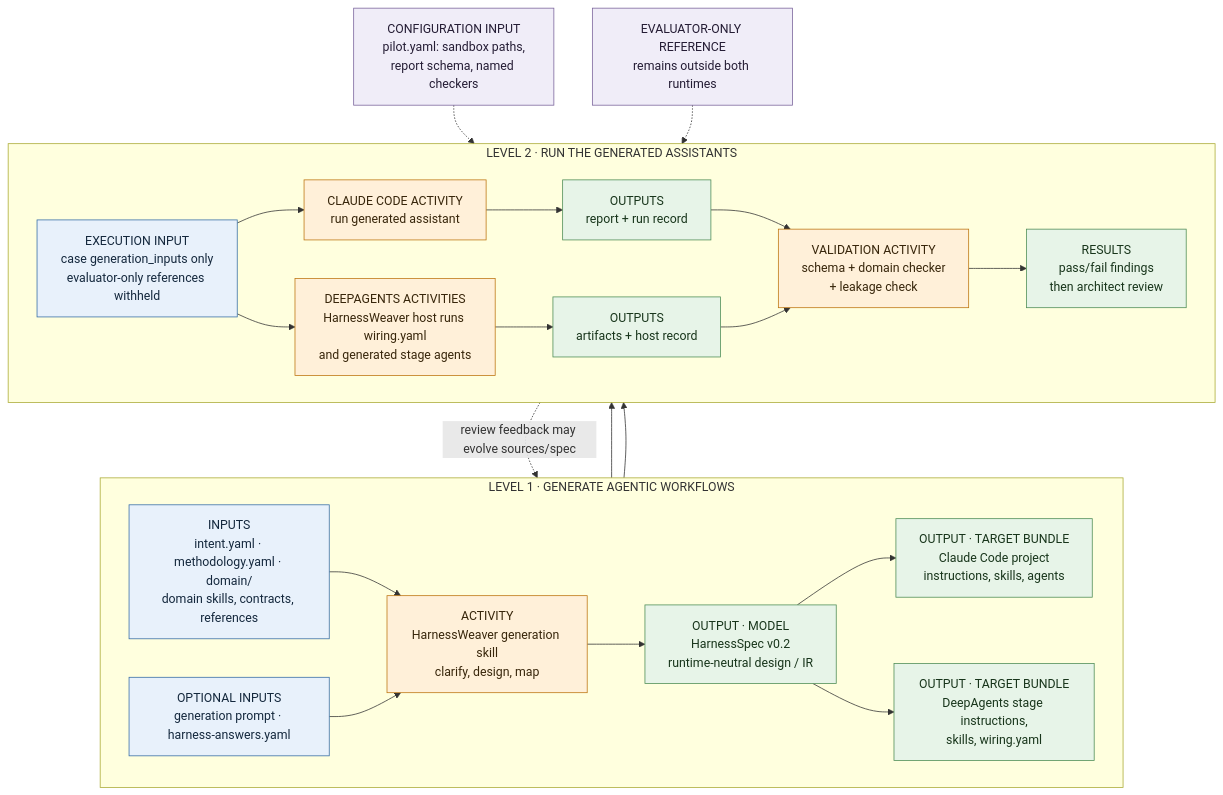
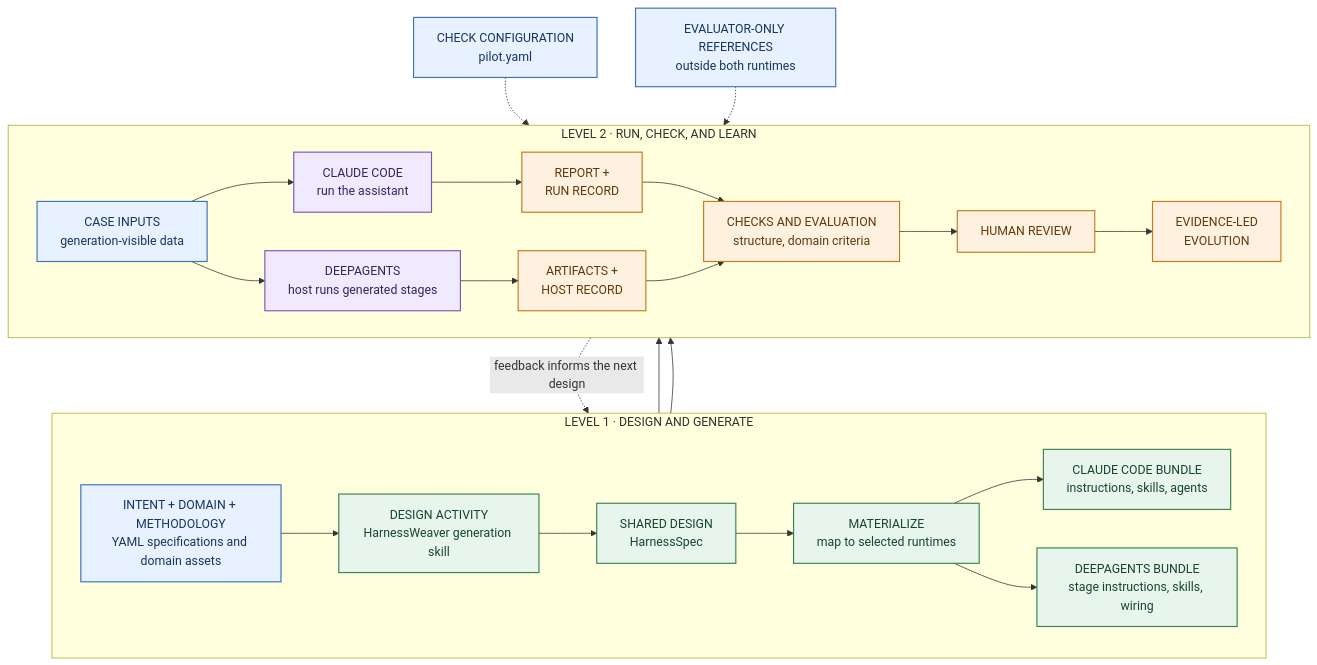
The diagram in docs/cain-2027/PAPER-DRAFT.md (andresdp/harness-weaver), drawn with Mermaid before and after one commit. The commit also changed other lines of this file and 3 other files, not shown here.

Commit message:
docs(cain): align paper figure with architecture overview

````diff
--- a/docs/cain-2027/PAPER-DRAFT.md
+++ b/docs/cain-2027/PAPER-DRAFT.md
@@ -68,48 +68,47 @@
 ```mermaid
 flowchart TB
-  subgraph generation["LEVEL 1 · GENERATE AGENTIC WORKFLOWS"]
+  subgraph generation["LEVEL 1 · DESIGN AND GENERATE"]
     direction LR
-    source["INPUTS<br/>intent.yaml · methodology.yaml · domain/<br/>domain skills, contracts, references"]
-    choices["OPTIONAL INPUTS<br/>generation prompt · harness-answers.yaml"]
-    gen["ACTIVITY<br/>HarnessWeaver generation skill<br/>clarify, design, map"]
-    spec["OUTPUT · MODEL<br/>HarnessSpec v0.2<br/>runtime-neutral design / IR"]
-    claude_bundle["OUTPUT · TARGET BUNDLE<br/>Claude Code project<br/>instructions, skills, agents"]
-    deep_bundle["OUTPUT · TARGET BUNDLE<br/>DeepAgents stage instructions,<br/>skills, wiring.yaml"]
-    source --> gen
-    choices --> gen
-    gen --> spec
-    spec --> claude_bundle
-    spec --> deep_bundle
+    source["INTENT + DOMAIN + METHODOLOGY<br/>YAML specifications and domain assets"]
+    gen["DESIGN ACTIVITY<br/>HarnessWeaver generation skill"]
+    spec["SHARED DESIGN<br/>HarnessSpec"]
+    materialize["MATERIALIZE<br/>map to selected runtimes"]
+    claude_bundle["CLAUDE CODE BUNDLE<br/>instructions, skills, agents"]
+    deep_bundle["DEEPAGENTS BUNDLE<br/>stage instructions, skills, wiring"]
+    source --> gen --> spec --> materialize
+    materialize --> claude_bundle
+    materialize --> deep_bundle
   end
 
-  subgraph execution["LEVEL 2 · RUN THE GENERATED ASSISTANTS"]
+  subgraph execution["LEVEL 2 · RUN, CHECK, AND LEARN"]
     direction LR
-    case["EXECUTION INPUT<br/>case generation_inputs only<br/>evaluator-only references withheld"]
-    claude_run["CLAUDE CODE ACTIVITY<br/>run generated assistant"]
-    deep_host["DEEPAGENTS ACTIVITIES<br/>HarnessWeaver host runs wiring.yaml<br/>and generated stage agents"]
-    claude_out["OUTPUTS<br/>report + run record"]
-    deep_out["OUTPUTS<br/>artifacts + host record"]
-    checks["VALIDATION ACTIVITY<br/>schema + domain checker<br/>+ leakage check"]
-    findings["RESULTS<br/>pass/fail findings<br/>then architect review"]
+    case["CASE INPUTS<br/>generation-visible data"]
+    claude_run["CLAUDE CODE<br/>run the assistant"]
+    deep_run["DEEPAGENTS<br/>host runs generated stages"]
+    claude_out["REPORT +<br/>RUN RECORD"]
+    deep_out["ARTIFACTS +<br/>HOST RECORD"]
+    checks["CHECKS AND EVALUATION<br/>structure, domain criteria"]
+    review["HUMAN REVIEW"]
+    evolve["EVIDENCE-LED<br/>EVOLUTION"]
     case --> claude_run
-    case --> deep_host
+    case --> deep_run
     claude_run --> claude_out --> checks
-    deep_host --> deep_out --> checks
-    checks --> findings
+    deep_run --> deep_out --> checks
+    checks --> review --> evolve
   end
 
   claude_bundle --> claude_run
-  deep_bundle --> deep_host
-  pilot["CONFIGURATION INPUT<br/>pilot.yaml: sandbox paths,<br/>report schema, named checkers"] -.-> checks
-  reference["EVALUATOR-ONLY REFERENCE<br/>remains outside both runtimes"] -.-> checks
-  findings -. "review feedback may evolve sources/spec" .-> gen
+  deep_bundle --> deep_run
+  pilot["CHECK CONFIGURATION<br/>pilot.yaml"] -.-> checks
+  reference["EVALUATOR-ONLY REFERENCES<br/>outside both runtimes"] -.-> checks
+  evolve -. "feedback informs the next design" .-> gen
 
-  classDef input fill:#e8f1fb,stroke:#356ca5,color:#14283d
-  classDef activity fill:#fff0d9,stroke:#bd7510,color:#38260b
-  classDef output fill:#e7f4e8,stroke:#4d8c55,color:#18351b
-  classDef config fill:#f0edf8,stroke:#79639b,color:#251d35
-  class source,choices,case input
-  class gen,claude_run,deep_host,checks activity
-  class spec,claude_bundle,deep_bundle,claude_out,deep_out,findings output
-  class pilot,reference config
+  classDef input fill:#E7F1FF,stroke:#3973B9,color:#17365D,stroke-width:1.5px
+  classDef design fill:#E7F5EC,stroke:#398254,color:#17472A,stroke-width:1.5px
+  classDef runtime fill:#F0EAFE,stroke:#7957B5,color:#39245F,stroke-width:1.5px
+  classDef result fill:#FFF1DF,stroke:#C37A22,color:#603A0B,stroke-width:1.5px
+  class source,case,pilot,reference input
+  class gen,spec,materialize,claude_bundle,deep_bundle design
+  class claude_run,deep_run runtime
+  class claude_out,deep_out,checks,review,evolve result
 ```
````
